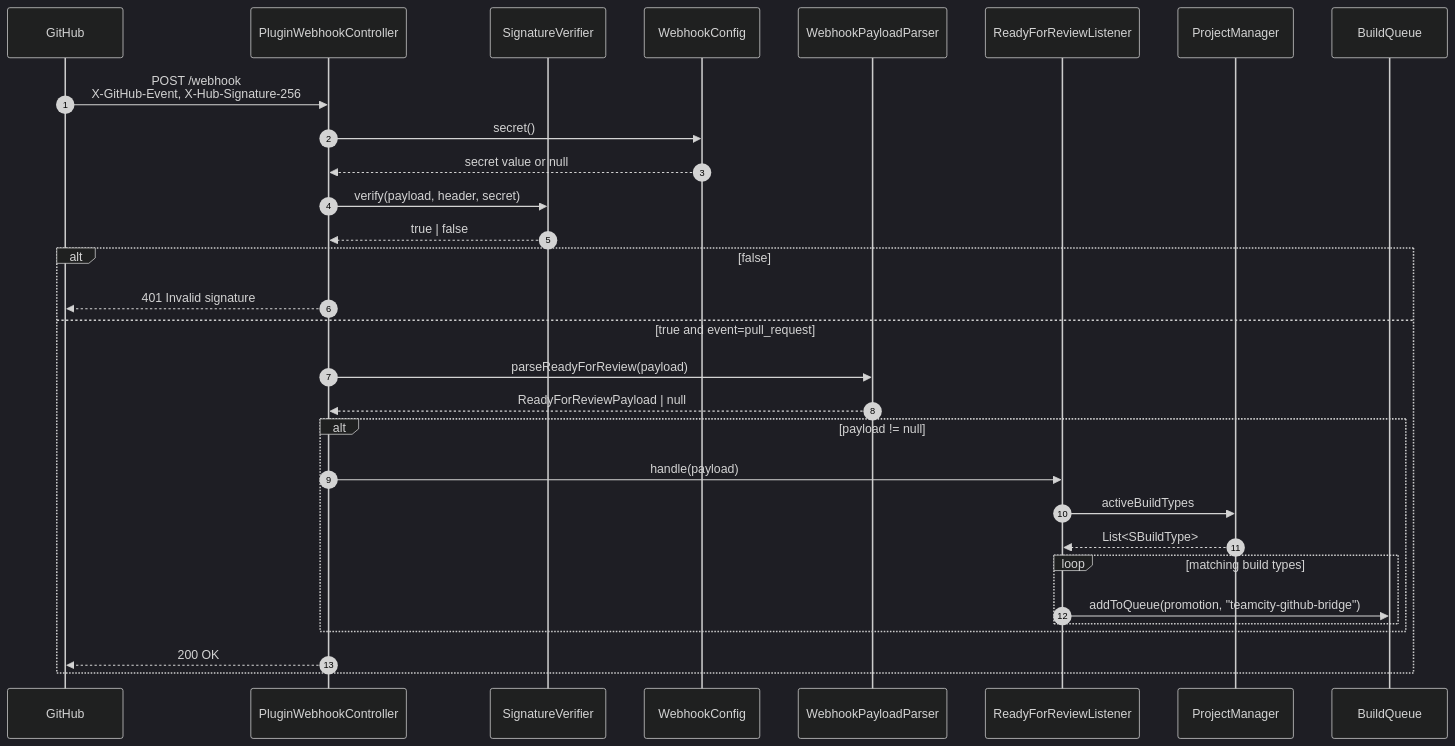
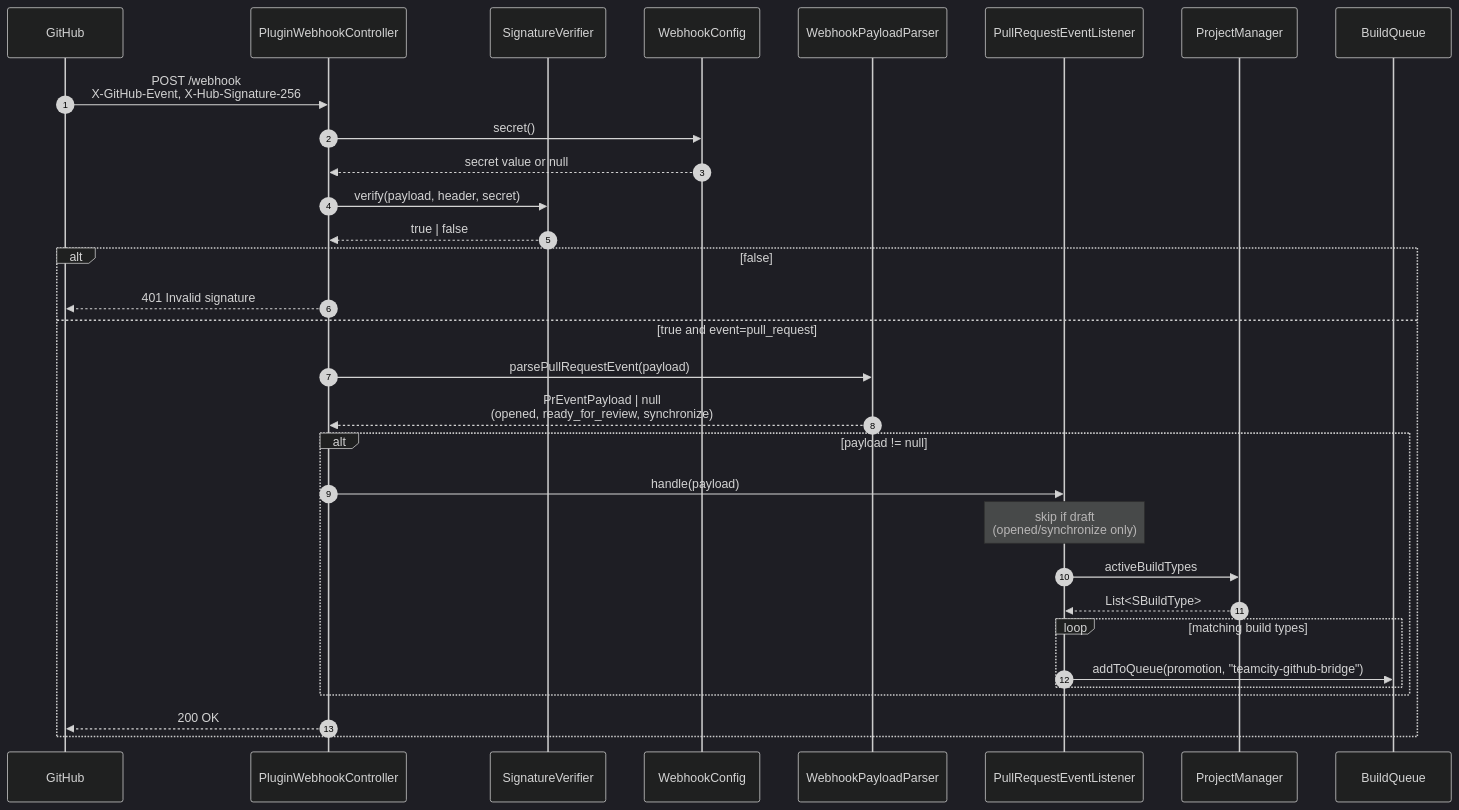
The second of 3 diagrams in doc/architecture.md (Silmaen/teamcity-github), drawn with Mermaid (dark theme) before and after one commit. The commit also changed other lines of this file and 13 other files, not shown here.

````diff
--- a/doc/architecture.md
+++ b/doc/architecture.md
@@ -192,33 +192,34 @@
 ```mermaid
 sequenceDiagram
     autonumber
     participant GH as GitHub
     participant PWC as PluginWebhookController
     participant SV as SignatureVerifier
     participant WC as WebhookConfig
     participant WPP as WebhookPayloadParser
-    participant RFR as ReadyForReviewListener
+    participant RFR as PullRequestEventListener
     participant PM as ProjectManager
     participant Q as BuildQueue
 
     GH->>PWC: POST /webhook<br/>X-GitHub-Event, X-Hub-Signature-256
     PWC->>WC: secret()
     WC-->>PWC: secret value or null
     PWC->>SV: verify(payload, header, secret)
     SV-->>PWC: true | false
     alt false
         PWC-->>GH: 401 Invalid signature
     else true and event=pull_request
-        PWC->>WPP: parseReadyForReview(payload)
-        WPP-->>PWC: ReadyForReviewPayload | null
+        PWC->>WPP: parsePullRequestEvent(payload)
+        WPP-->>PWC: PrEventPayload | null<br/>(opened, ready_for_review, synchronize)
         alt payload != null
             PWC->>RFR: handle(payload)
+            Note over RFR: skip if draft<br/>(opened/synchronize only)
             RFR->>PM: activeBuildTypes
             PM-->>RFR: List<SBuildType>
             loop matching build types
                 RFR->>Q: addToQueue(promotion, "teamcity-github-bridge")
             end
         end
         PWC-->>GH: 200 OK
     end
 ```
````
